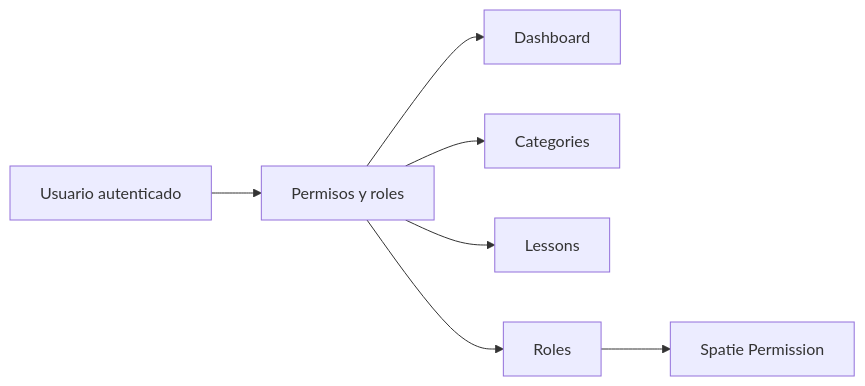
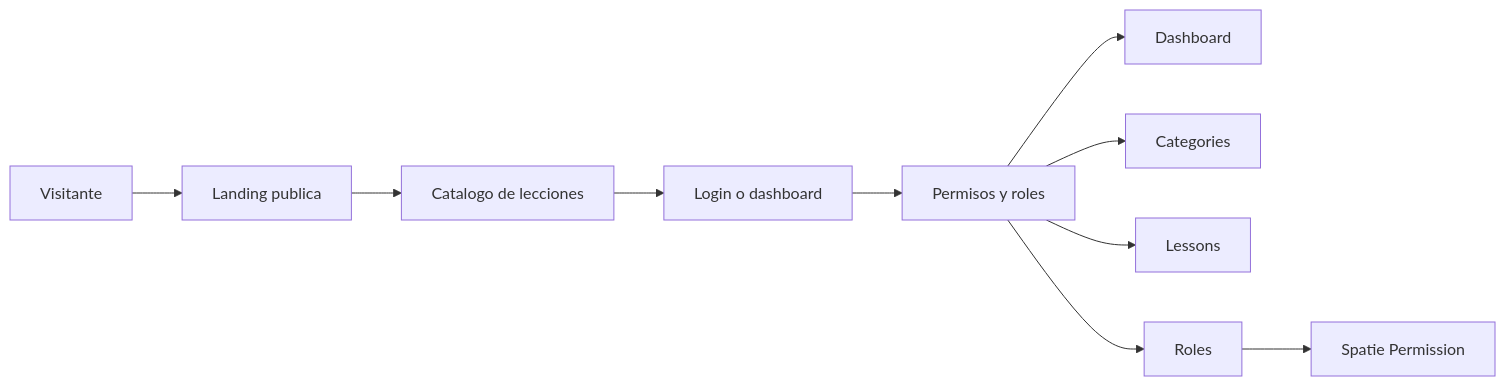
Before and after one commit to LuisDiaz122001/SpeakSmarter: the diagram in README.md, drawn with Mermaid. The commit also changed other lines of this file and 15 other files, not shown here.

````diff
--- a/README.md
+++ b/README.md
@@ -110,9 +123,12 @@
 ```mermaid
 flowchart LR
-    A[Usuario autenticado] --> B[Permisos y roles]
-    B --> C[Dashboard]
-    B --> D[Categories]
-    B --> E[Lessons]
-    B --> F[Roles]
-    F --> G[Spatie Permission]
+    A[Visitante] --> B[Landing publica]
+    B --> C[Catalogo de lecciones]
+    C --> D[Login o dashboard]
+    D --> E[Permisos y roles]
+    E --> F[Dashboard]
+    E --> G[Categories]
+    E --> H[Lessons]
+    E --> I[Roles]
+    I --> J[Spatie Permission]
 ```
````
